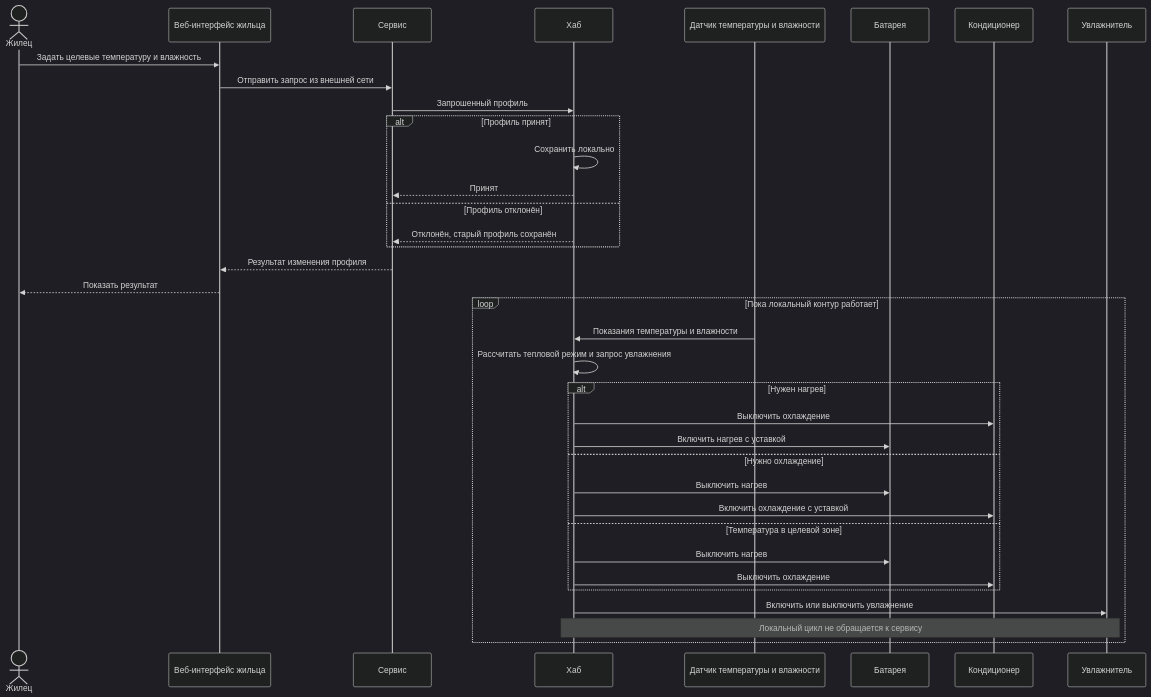
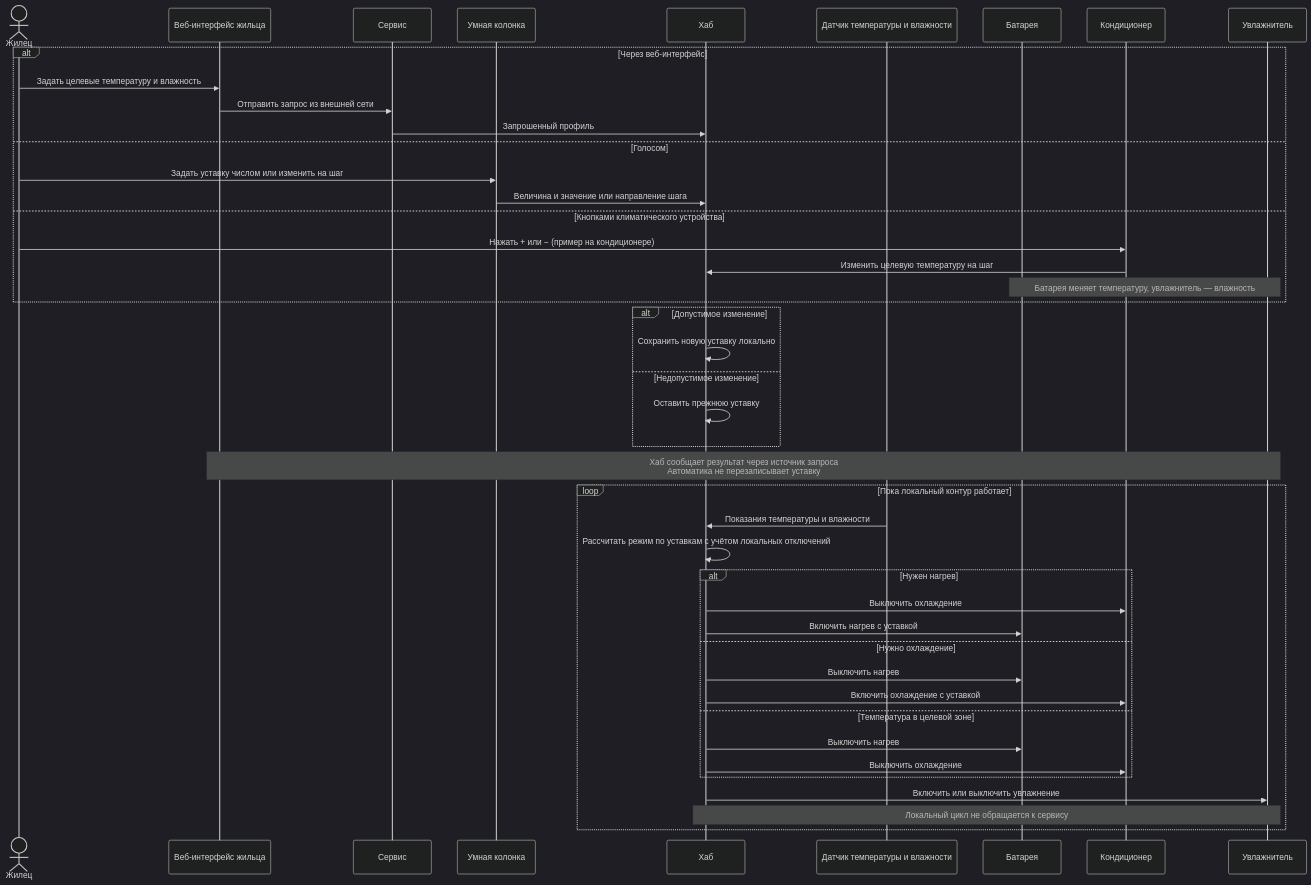
The diagram in contractor_side/hla_scenarios/S01_CLIMATE.md (BPLA-Team/carrot-apples), drawn with Mermaid (dark theme) before and after one commit. The commit also changed 19 other files, not shown here.

Commit message:
docs(architecture): describe physical controls and voice climate settings

````diff
--- a/contractor_side/hla_scenarios/S01_CLIMATE.md
+++ b/contractor_side/hla_scenarios/S01_CLIMATE.md
@@ -3,38 +3,46 @@
 ```mermaid
 sequenceDiagram
     actor R as Жилец
     participant W as Веб-интерфейс жильца
     participant S as Сервис
+    participant K as Умная колонка
     participant H as Хаб
     participant D as Датчик температуры и влажности
     participant B as Батарея
     participant C as Кондиционер
     participant U as Увлажнитель
-    R->>W: Задать целевые температуру и влажность
-    W->>S: Отправить запрос из внешней сети
-    S->>H: Запрошенный профиль
-    alt Профиль принят
-        H->>H: Сохранить локально
-        H-->>S: Принят
-    else Профиль отклонён
-        H-->>S: Отклонён, старый профиль сохранён
+    alt Через веб-интерфейс
+        R->>W: Задать целевые температуру и влажность
+        W->>S: Отправить запрос из внешней сети
+        S->>H: Запрошенный профиль
+    else Голосом
+        R->>K: Задать уставку числом или изменить на шаг
+        K->>H: Величина и значение или направление шага
+    else Кнопками климатического устройства
+        R->>C: Нажать + или − (пример на кондиционере)
+        C->>H: Изменить целевую температуру на шаг
+        Note over B,U: Батарея меняет температуру, увлажнитель — влажность
     end
-    S-->>W: Результат изменения профиля
-    W-->>R: Показать результат
+    alt Допустимое изменение
+        H->>H: Сохранить новую уставку локально
+    else Недопустимое изменение
+        H->>H: Оставить прежнюю уставку
+    end
+    Note over W,U: Хаб сообщает результат через источник запроса<br/>Автоматика не перезаписывает уставку
     loop Пока локальный контур работает
         D->>H: Показания температуры и влажности
-        H->>H: Рассчитать тепловой режим и запрос увлажнения
+        H->>H: Рассчитать режим по уставкам с учётом локальных отключений
         alt Нужен нагрев
             H->>C: Выключить охлаждение
             H->>B: Включить нагрев с уставкой
         else Нужно охлаждение
             H->>B: Выключить нагрев
             H->>C: Включить охлаждение с уставкой
         else Температура в целевой зоне
             H->>B: Выключить нагрев
             H->>C: Выключить охлаждение
         end
         H->>U: Включить или выключить увлажнение
         Note over H,U: Локальный цикл не обращается к сервису
     end
 ```
````
